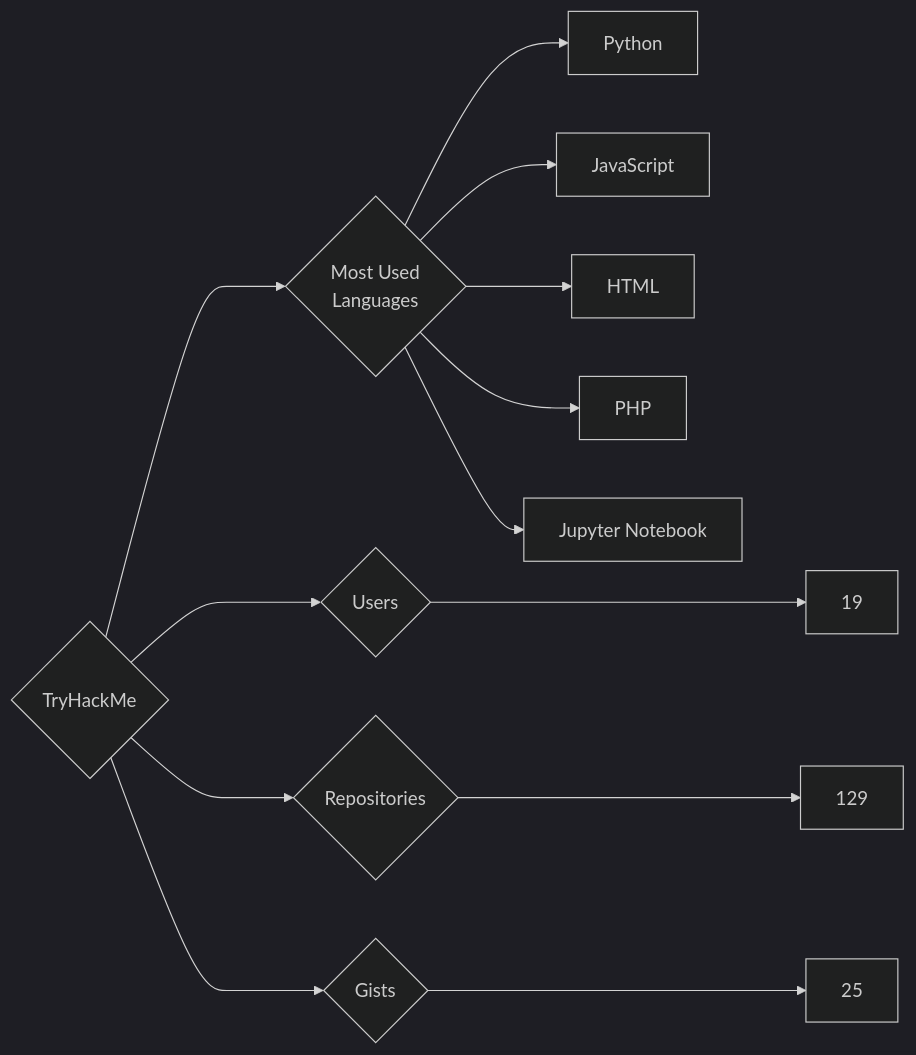
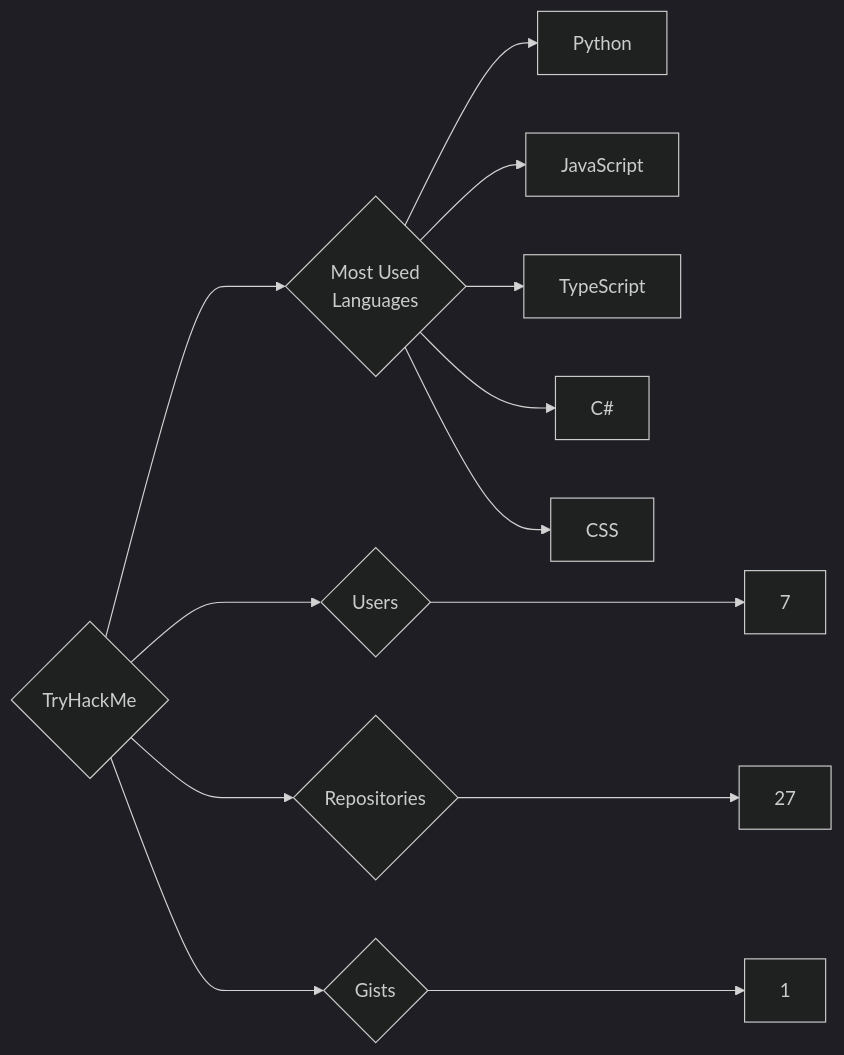
The diagram in targets/TryHackMe/README.md (trickest/insiders), drawn with Mermaid (dark theme) before and after one commit. The commit also changed 976 other files, not shown here.

````diff
--- a/targets/TryHackMe/README.md
+++ b/targets/TryHackMe/README.md
@@ -3,13 +3,13 @@
 ```mermaid
 graph LR
 COMPANY_NAME{TryHackMe}
-COMPANY_NAME ---> U{Users} ---> UN[19]
-COMPANY_NAME ---> R{Repositories} ---> RN[129]
-COMPANY_NAME ---> G{Gists} ---> GN[25]
+COMPANY_NAME ---> U{Users} ---> UN[7]
+COMPANY_NAME ---> R{Repositories} ---> RN[27]
+COMPANY_NAME ---> G{Gists} ---> GN[1]
 COMPANY_NAME ---> ML{Most Used<br>Languages}
 ML --> Python[Python]
 ML --> JavaScript[JavaScript]
-ML --> HTML[HTML]
-ML --> PHP[PHP]
-ML --> Jupyter_Notebook[Jupyter Notebook]
+ML --> TypeScript[TypeScript]
+ML --> C#[C#]
+ML --> CSS[CSS]
 ```
````
